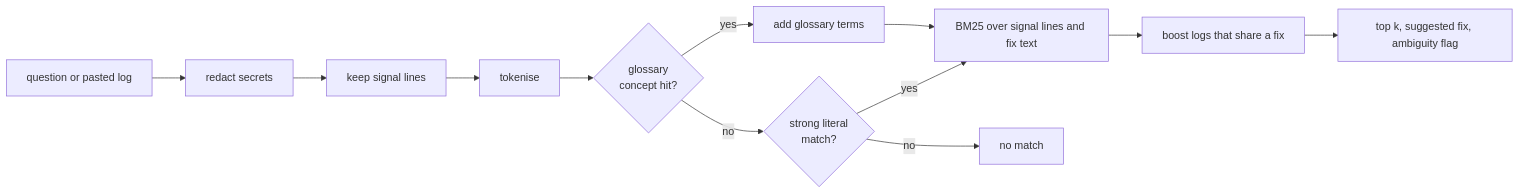
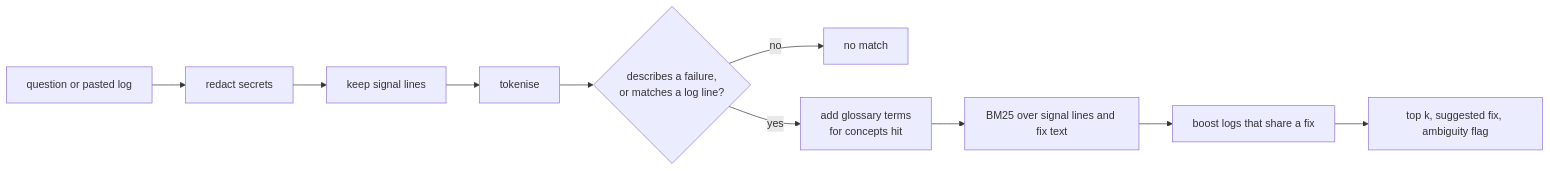
The diagram in docs/RETRIEVAL.md (Aman035/gpu-job-broker), drawn with Mermaid before and after one commit. The commit also changed other lines of this file and 6 other files, not shown here.

````diff
--- a/docs/RETRIEVAL.md
+++ b/docs/RETRIEVAL.md
@@ -41,10 +53,9 @@
 ```mermaid
 flowchart LR
     q["question or pasted log"] --> red["redact secrets"] --> sig["keep signal lines"] --> tok["tokenise"]
-    tok --> hit{"glossary<br/>concept hit?"}
-    hit -->|yes| exp["add glossary terms"] --> bm["BM25 over signal lines and fix text"]
-    hit -->|no| strong{"strong literal<br/>match?"}
-    strong -->|no| none["no match"]
-    strong -->|yes| bm
+    tok --> gate{"describes a failure,<br/>or matches a log line?"}
+    gate -->|no| none["no match"]
+    gate -->|yes| exp["add glossary terms<br/>for concepts hit"]
+    exp --> bm["BM25 over signal lines and fix text"]
     bm --> boost["boost logs that share a fix"] --> out["top k, suggested fix, ambiguity flag"]
 ```
````
